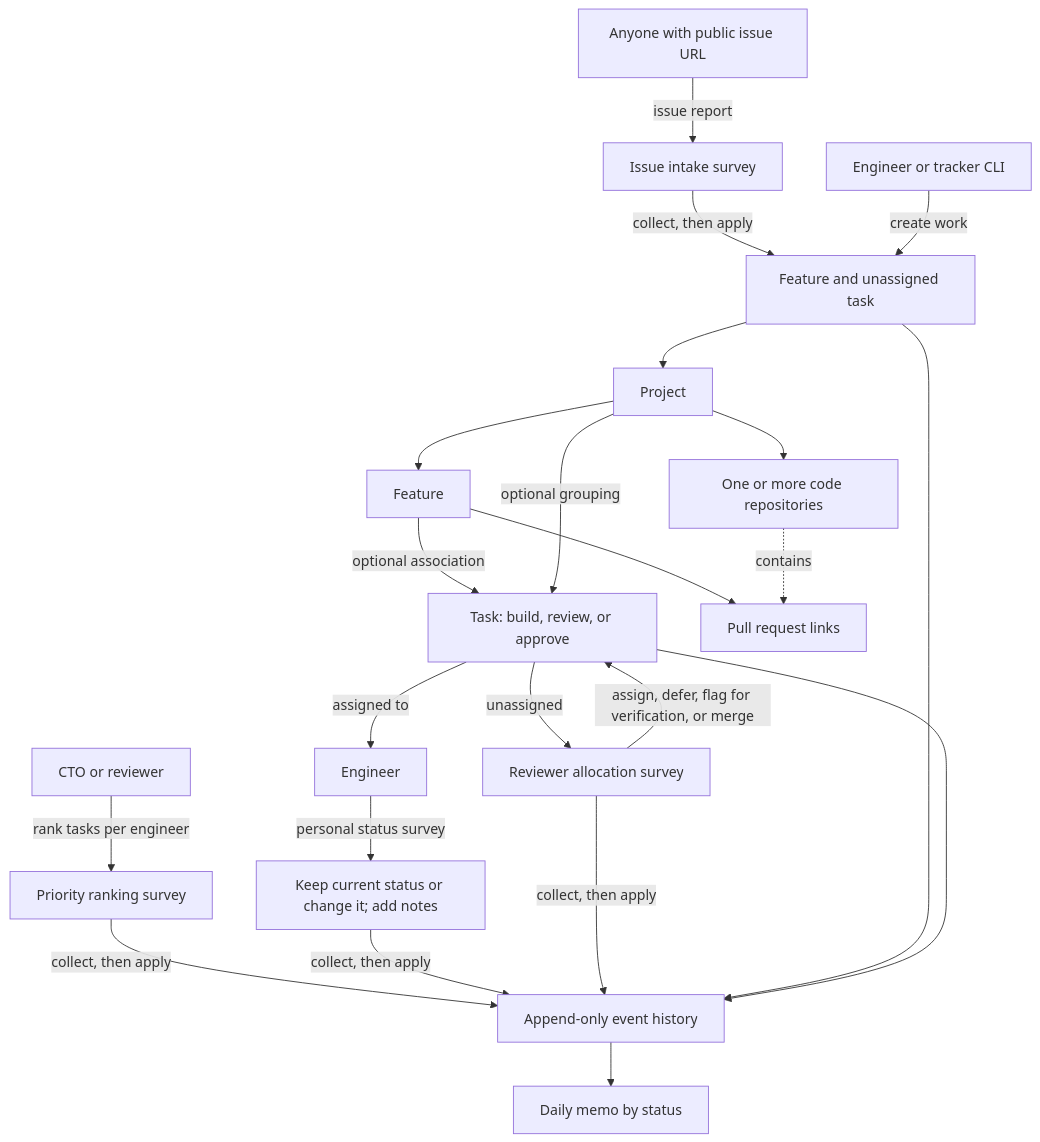
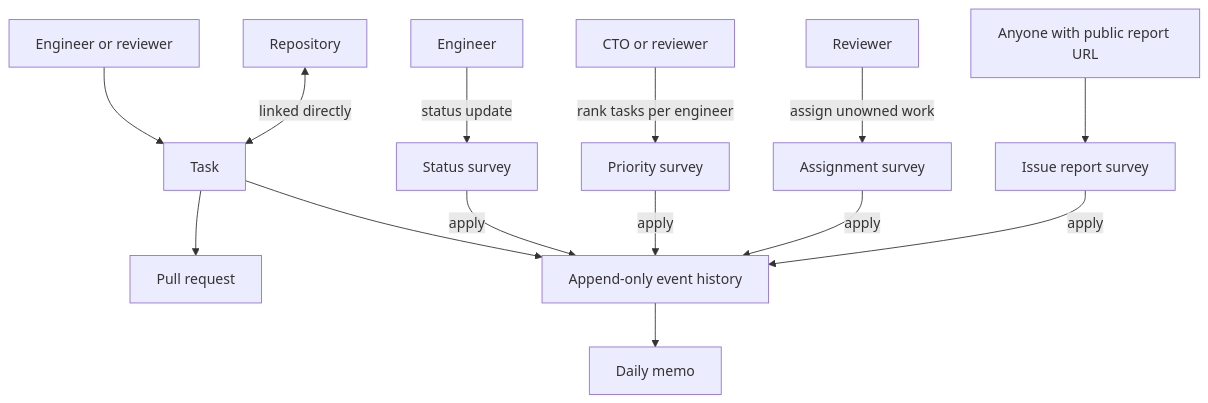
Before and after one commit to expectedparrot/tracker: the diagram in README.md, drawn with Mermaid. The commit also changed other lines of this file and 4 other files, not shown here.

Commit message:
Refactor tracker to task-only work model

````diff
--- a/README.md
+++ b/README.md
@@ -26,24 +23,16 @@
 ```mermaid
 flowchart TD
-    Reporter[Anyone with public issue URL] -->|issue report| Intake[Issue intake survey]
-    Intake -->|collect, then apply| New[Feature and unassigned task]
-    Team[Engineer or tracker CLI] -->|create work| New
-    New --> Project[Project]
-    Project --> Feature[Feature]
-    Feature -->|optional association| Task[Task: build, review, or approve]
-    Project -->|optional grouping| Task
-    Project --> Repos[One or more code repositories]
-    Feature --> PRs[Pull request links]
-    Repos -. contains .-> PRs
-    Task -->|assigned to| Engineer[Engineer]
-    Engineer -->|personal status survey| Updates[Keep current status or change it; add notes]
-    Task -->|unassigned| Allocation[Reviewer allocation survey]
-    Allocation -->|assign, defer, flag for verification, or merge| Task
-    CTO[CTO or reviewer] -->|rank tasks per engineer| Priorities[Priority ranking survey]
-    Priorities -->|collect, then apply| Events
-    Updates -->|collect, then apply| Events[Append-only event history]
-    Allocation -->|collect, then apply| Events
-    New --> Events
-    Task --> Events
-    Events --> Memo[Daily memo by status]
+    Person[Engineer or reviewer] --> Task[Task]
+    Repo[Repository] <-->|linked directly| Task
+    Task --> PR[Pull request]
+    Engineer[Engineer] -->|status update| Update[Status survey]
+    CTO[CTO or reviewer] -->|rank tasks per engineer| Ranking[Priority survey]
+    Reviewer[Reviewer] -->|assign unowned work| Assignment[Assignment survey]
+    Reporter[Anyone with public report URL] --> Intake[Issue report survey]
+    Task --> Events[Append-only event history]
+    Update -->|apply| Events
+    Ranking -->|apply| Events
+    Assignment -->|apply| Events
+    Intake -->|apply| Events
+    Events --> Memo[Daily memo]
 ```
````
